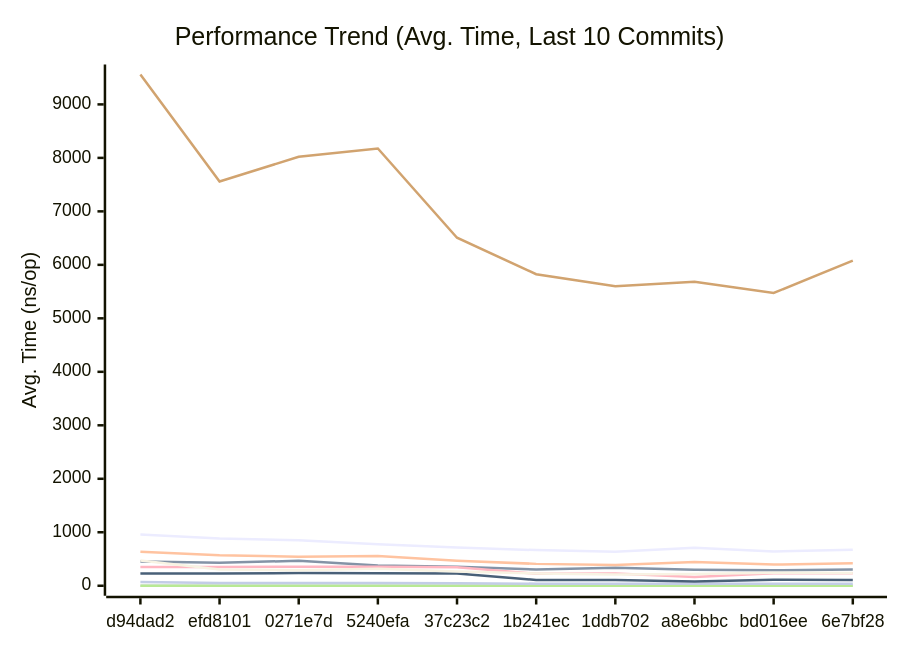
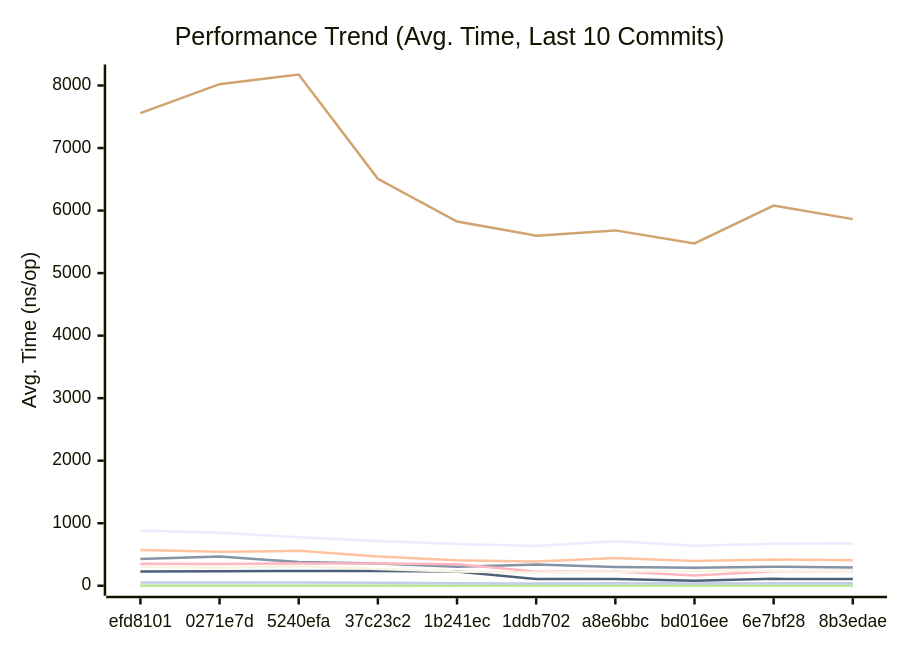
One commit to alsotoes/momo changed the first of 3 diagrams in docs/PERFORMANCE.md. Above: the diagram before and after it, drawn with Mermaid. The commit also changed other lines of this file and 5 other files, not shown here.

````diff
--- a/docs/PERFORMANCE.md
+++ b/docs/PERFORMANCE.md
@@ -128,18 +128,18 @@
 ```mermaid
 xychart-beta
     title "Performance Trend (Avg. Time, Last 10 Commits)"
     x-axis "Commit"
     y-axis "Avg. Time (ns/op)"
-    x-axis [d94dad2,efd8101,0271e7d,5240efa,37c23c2,1b241ec,1ddb702,a8e6bbc,bd016ee,6e7bf28]
-    line "CheckMetricsAndSwap" [11,12,11,8,7,7,7,9,8,8]
-    line "CrushOptimized" [452,428,468,378,356,305,338,300,289,304]
-    line "CrushOriginal" [637,571,542,558,469,409,387,443,396,419]
-    line "IndexDirectTracking" [0,1,1,0,0,0,0,0,0,0]
-    line "IndexSearch" [2,2,2,2,2,2,1,2,2,2]
-    line "LoadGlobalConfig" [9559,7558,8021,8176,6507,5825,5598,5683,5474,6080]
-    line "PadString" [70,53,52,53,47,39,36,39,36,39]
+    x-axis [efd8101,0271e7d,5240efa,37c23c2,1b241ec,1ddb702,a8e6bbc,bd016ee,6e7bf28,8b3edae]
+    line "CheckMetricsAndSwap" [12,11,8,7,7,7,9,8,8,8]
+    line "CrushOptimized" [428,468,378,356,305,338,300,289,304,293]
+    line "CrushOriginal" [571,542,558,469,409,387,443,396,419,409]
+    line "IndexDirectTracking" [1,1,0,0,0,0,0,0,0,0]
+    line "IndexSearch" [2,2,2,2,2,1,2,2,2,2]
+    line "LoadGlobalConfig" [7558,8021,8176,6507,5825,5598,5683,5474,6080,5863]
+    line "PadString" [53,52,53,47,39,36,39,36,39,39]
     line "ParseReplicationOrder_NoPrealloc" [350,349,357,354,345,225,229,165,232,234]
     line "ParseReplicationOrder_Prealloc" [229,231,237,234,229,108,107,80,110,109]
-    line "SanitizeLog/Safe" [474,303,288,316,266,229,212,222,245,238]
-    line "SanitizeLog/Unsafe" [960,883,849,775,714,667,636,710,640,671]
+    line "SanitizeLog/Safe" [303,288,316,266,229,212,222,245,238,231]
+    line "SanitizeLog/Unsafe" [883,849,775,714,667,636,710,640,671,675]
 ```
````
